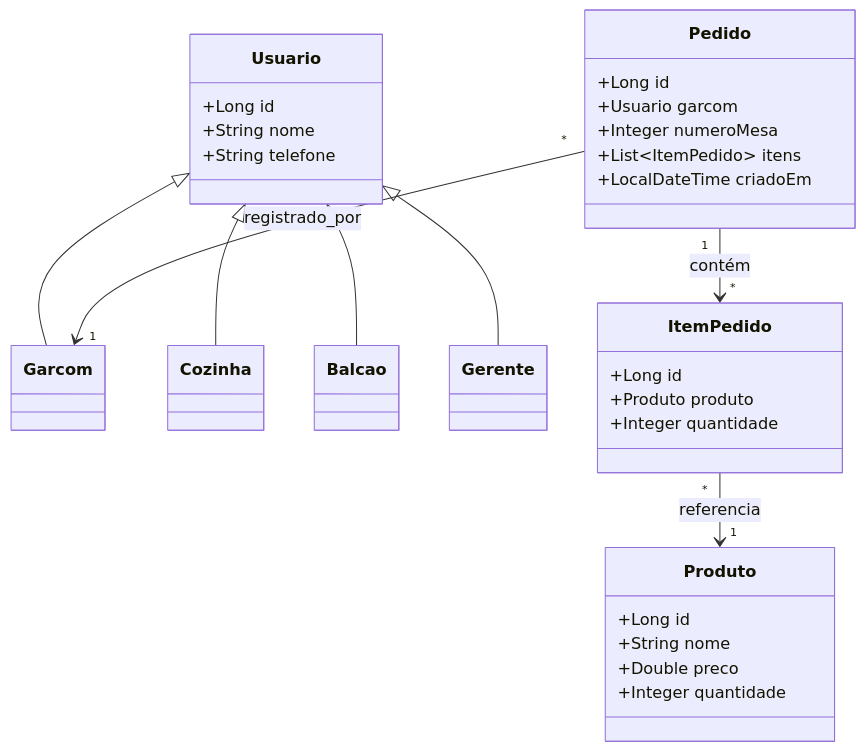
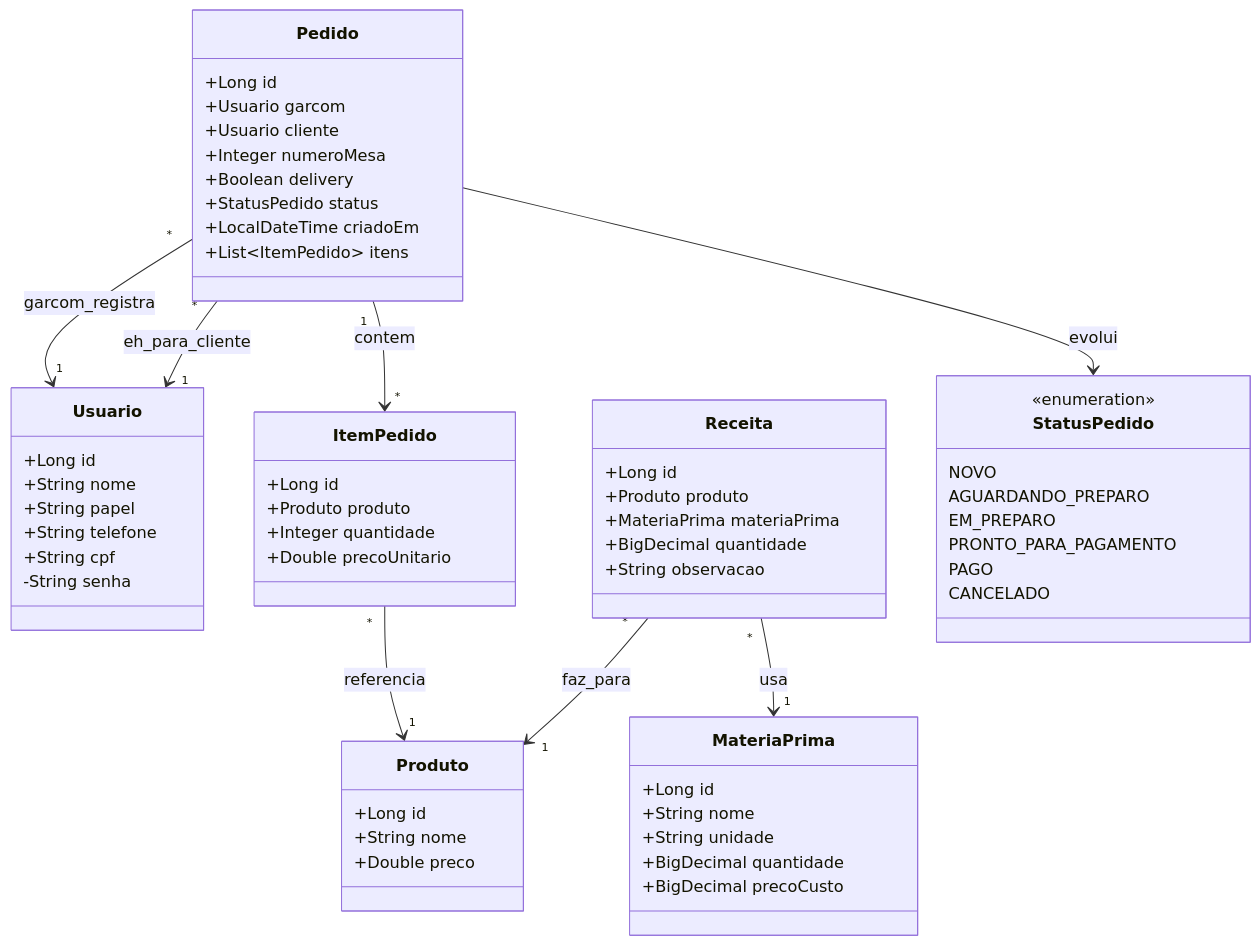
Before and after one commit to Ryk3l/Proejto-de-extensao: the diagram in rodovialanches-backend/docs/diagrams/class.mmd, drawn with Mermaid. The commit also changed 35 other files, not shown here.

```diff
--- a/rodovialanches-backend/docs/diagrams/class.mmd
+++ b/rodovialanches-backend/docs/diagrams/class.mmd
@@ -1,44 +1,71 @@
 %% Diagrama de Classes — Rodovia Lanches
-%% Mostra as entidades de domínio e a hierarquia de papéis (Garcom, Cozinha,
-%% Balcao, Gerente herdam de Usuario).
+%% Entidades de domínio: Usuario (papel define o perfil de acesso),
+%% Produto, MateriaPrima, Receita (ficha técnica), Pedido, ItemPedido
+%% e StatusPedido (enum de status do ciclo do pedido).
 classDiagram
     class Usuario {
         +Long id
         +String nome
+        +String papel
         +String telefone
+        +String cpf
+        -String senha
     }
-
-    class Garcom
-    class Cozinha
-    class Balcao
-    class Gerente
 
     class Produto {
         +Long id
         +String nome
         +Double preco
-        +Integer quantidade
+    }
+
+    class MateriaPrima {
+        +Long id
+        +String nome
+        +String unidade
+        +BigDecimal quantidade
+        +BigDecimal precoCusto
+    }
+
+    class Receita {
+        +Long id
+        +Produto produto
+        +MateriaPrima materiaPrima
+        +BigDecimal quantidade
+        +String observacao
     }
 
     class Pedido {
         +Long id
         +Usuario garcom
+        +Usuario cliente
         +Integer numeroMesa
+        +Boolean delivery
+        +StatusPedido status
+        +LocalDateTime criadoEm
         +List~ItemPedido~ itens
-        +LocalDateTime criadoEm
     }
 
     class ItemPedido {
         +Long id
         +Produto produto
         +Integer quantidade
+        +Double precoUnitario
     }
 
-    Usuario <|-- Garcom
-    Usuario <|-- Cozinha
-    Usuario <|-- Balcao
-    Usuario <|-- Gerente
+    class StatusPedido {
+        <<enumeration>>
+        NOVO
+        AGUARDANDO_PREPARO
+        EM_PREPARO
+        PRONTO_PARA_PAGAMENTO
+        PAGO
+        CANCELADO
+    }
 
-    Pedido "1" --> "*" ItemPedido : contém
+    Pedido "*" --> "1" Usuario : garcom_registra
+    Pedido "*" --> "1" Usuario : eh_para_cliente
+    Pedido "1" --> "*" ItemPedido : contem
     ItemPedido "*" --> "1" Produto : referencia
-    Pedido "*" --> "1" Garcom : registrado_por
+    Receita "*" --> "1" Produto : faz_para
+    Receita "*" --> "1" MateriaPrima : usa
+    Pedido --> StatusPedido : evolui
```
